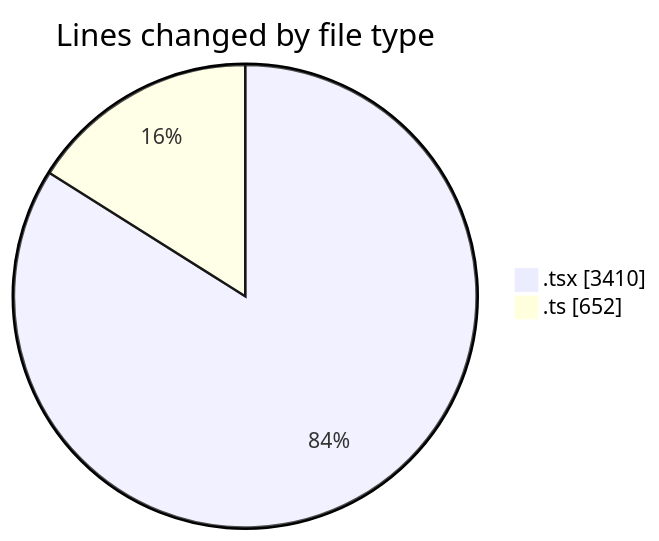
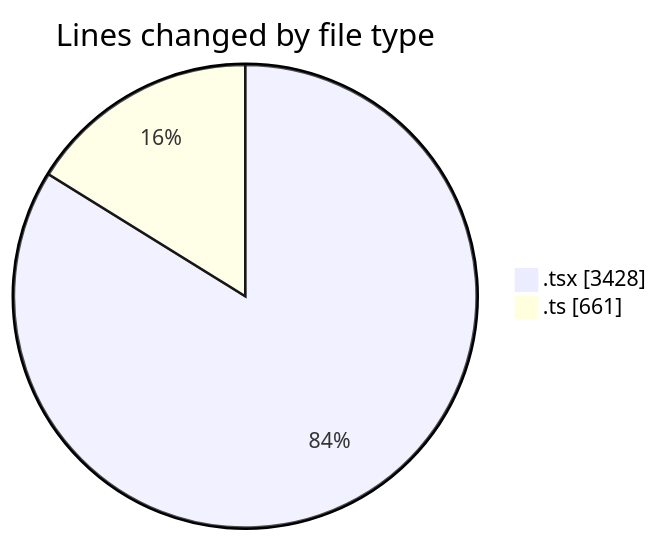
One commit to nxtqubesakshisongat/code-tracking changed the first of 2 diagrams in 2026-06-08/nxtqube_webapp/README.md. Above: the diagram before and after it, drawn with Mermaid. The commit also changed other lines of this file and 1 other file, not shown here.

````diff
--- a/2026-06-08/nxtqube_webapp/README.md
+++ b/2026-06-08/nxtqube_webapp/README.md
@@ -25,6 +25,6 @@
 ```mermaid
 pie showData
 title Lines changed by file type
-".tsx" : 3410
-".ts" : 652
+".tsx" : 3428
+".ts" : 661
 ```
````
